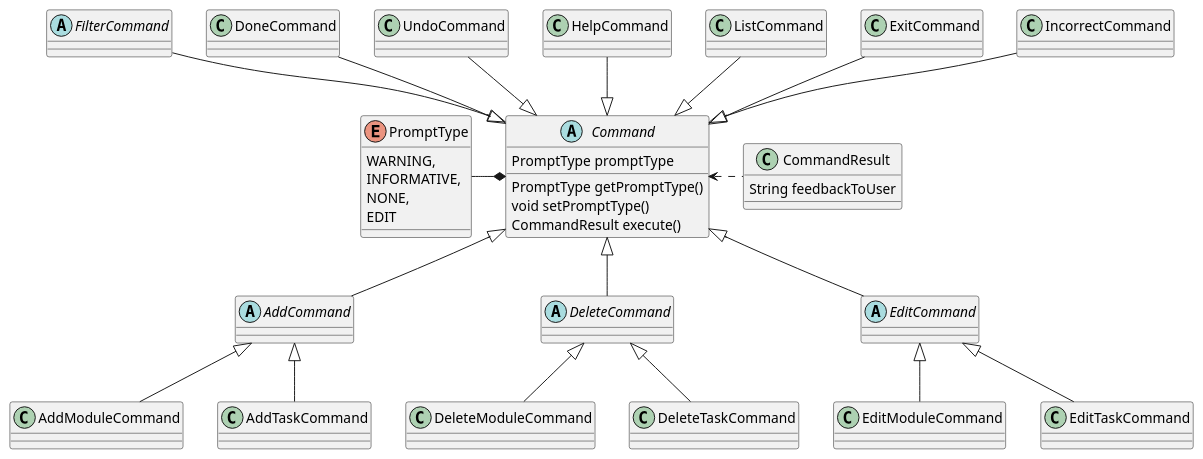
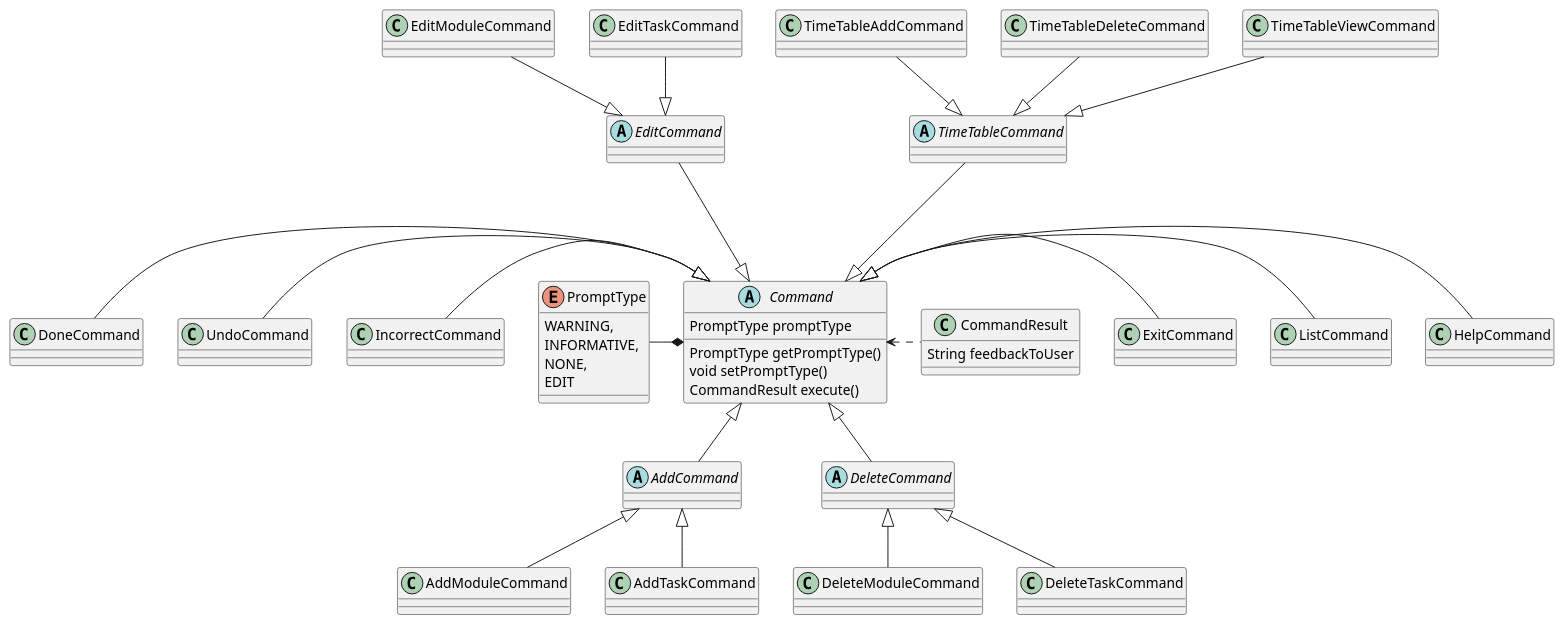
The diagram in docs/diagrams/UML/CommandClassDiagram.puml (wangqinNick/tp), drawn with PlantUML before and after one commit. The commit also changed 4 other files, not shown here.

Commit message:
Amend CommandClassDiagram, TimeTableClassDiagram

```diff
--- a/docs/diagrams/UML/CommandClassDiagram.puml
+++ b/docs/diagrams/UML/CommandClassDiagram.puml
@@ -1,65 +1,73 @@
 @startuml
 
 
 abstract class Command {
     PromptType promptType
     PromptType getPromptType()
     void setPromptType()
     CommandResult execute()
 }
 
 class CommandResult {
     String feedbackToUser
 }
 
-abstract class FilterCommand
-
 abstract class AddCommand
 class AddModuleCommand
 class AddTaskCommand
 
 abstract class DeleteCommand
 class DeleteModuleCommand
 class DeleteTaskCommand
 
 abstract class EditCommand
 class EditModuleCommand
 class EditTaskCommand
+
+abstract class TimeTableCommand
+class TimeTableAddCommand
+class TimeTableDeleteCommand
+class TimeTableViewCommand
 
 class DoneCommand
 class UndoCommand
 class HelpCommand
 class ListCommand
 class ExitCommand
 class IncorrectCommand
 enum PromptType {
     WARNING,
     INFORMATIVE,
     NONE,
     EDIT
 }
 
-DoneCommand --|> Command
-HelpCommand --|> Command
-ListCommand --|> Command
-UndoCommand --|> Command
-ExitCommand --|> Command
-IncorrectCommand --|> Command
-FilterCommand --|> Command
+Command <|- HelpCommand
+Command <|- ListCommand
+Command <|- ExitCommand
+Command <|-- DeleteCommand
+Command <|-- AddCommand
+EditCommand ---|> Command
+DoneCommand -|> Command
+UndoCommand -|> Command
+IncorrectCommand -|> Command
+TimeTableCommand ---|> Command
 
 PromptType -* Command
+
 Command <. CommandResult
 
 AddCommand <|-- AddModuleCommand
 AddCommand <|-- AddTaskCommand
+
 DeleteCommand <|-- DeleteModuleCommand
 DeleteCommand <|-- DeleteTaskCommand
-EditCommand <|-- EditModuleCommand
-EditCommand <|-- EditTaskCommand
 
-Command <|-- DeleteCommand
-Command <|-- EditCommand
-Command <|-- AddCommand
+EditModuleCommand --|> EditCommand
+EditTaskCommand --|> EditCommand
 
+TimeTableAddCommand --|> TimeTableCommand
+TimeTableDeleteCommand --|> TimeTableCommand
+TimeTableViewCommand --|> TimeTableCommand
 
 @enduml
```
